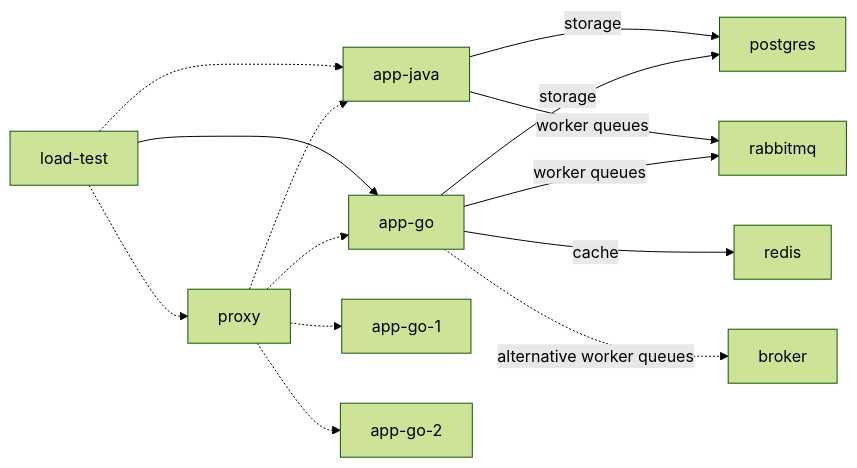
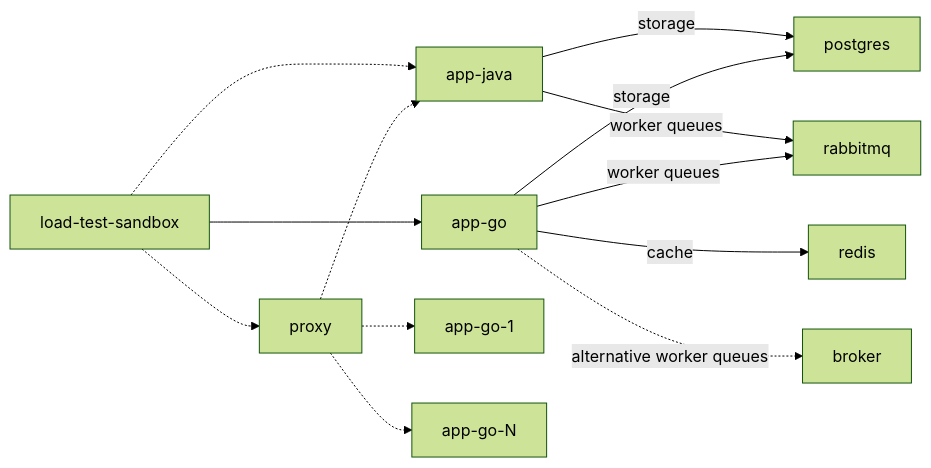
Before and after one commit to vembry/playground: the diagram in README.md, drawn with Mermaid (forest theme). The commit also changed other lines of this file, not shown here.

````diff
--- a/README.md
+++ b/README.md
@@ -3,17 +3,16 @@
 ```mermaid
 flowchart LR
-   load-test --> app-go
-   load-test -.-> app-java
-   load-test -.-> proxy
+   load-test-sandbox --> app-go
+   load-test-sandbox -.-> app-java
+   load-test-sandbox -.-> proxy
    proxy -.-> app-java
-   proxy -.-> app-go
    proxy -.-> app-go-1
-   proxy -.-> app-go-2
+   proxy -.-> app-go-N
 
    app-java -- storage --> postgres
    app-java -- worker queues --> rabbitmq
    app-go -- storage --> postgres
    app-go -- worker queues --> rabbitmq
    app-go -- cache --> redis
    app-go -. alternative worker queues .-> broker
 ```
````
